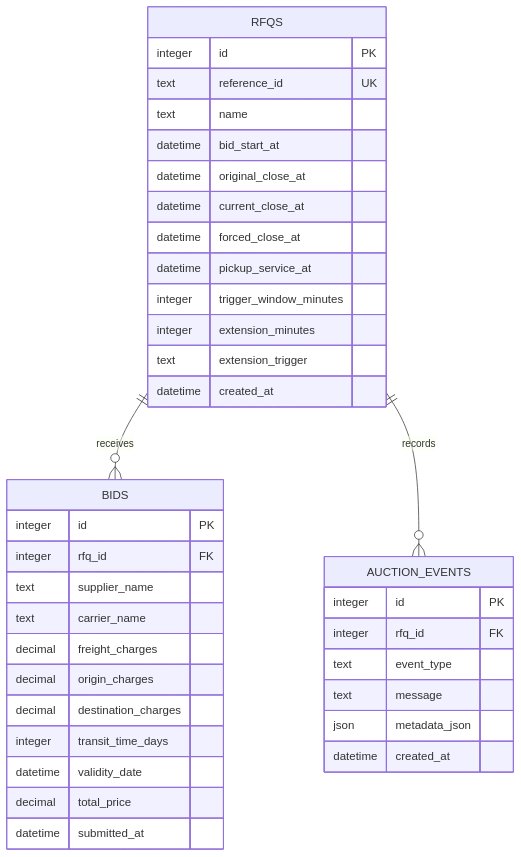
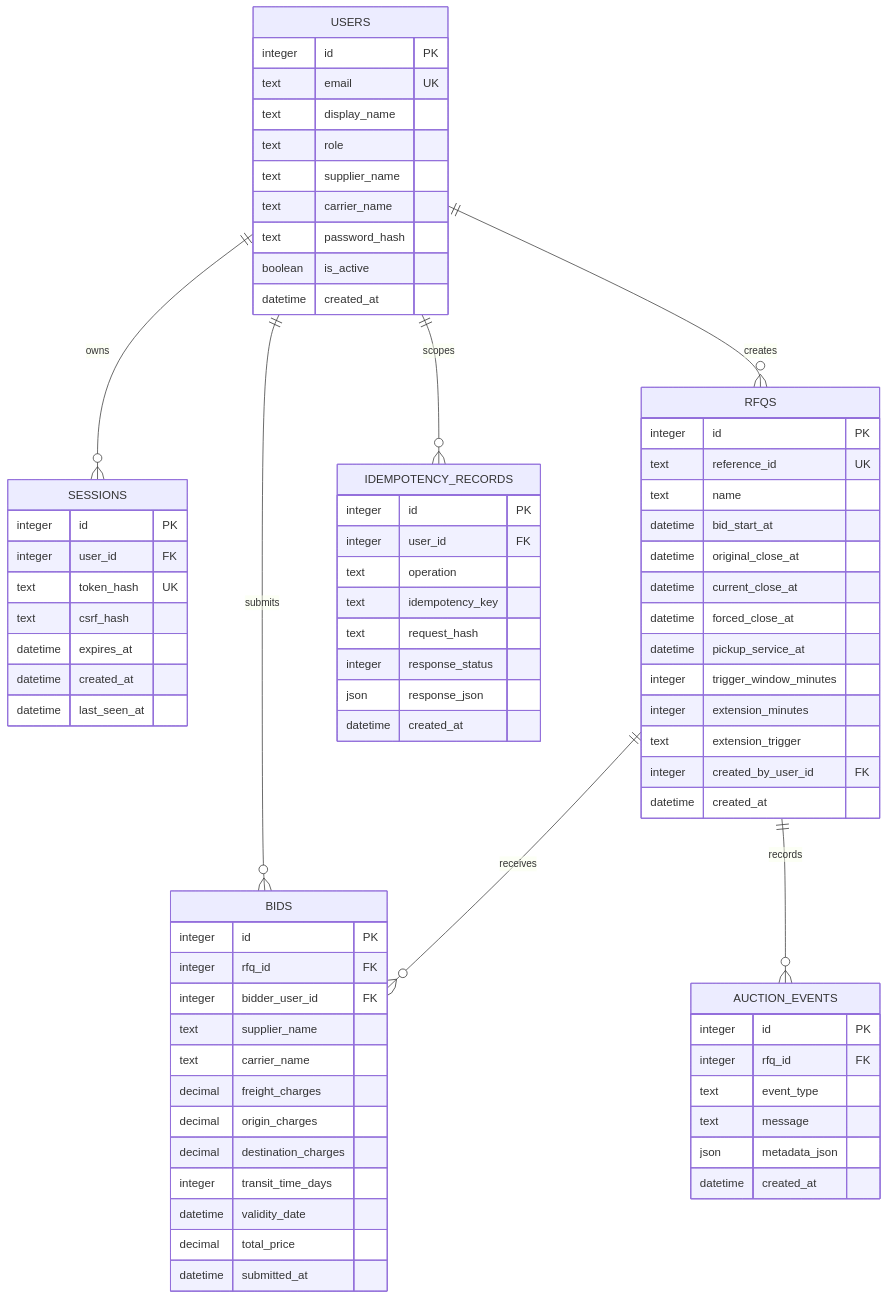
Before and after one commit to Autistic-coder/go-comet: the diagram in docs/schema.md, drawn with Mermaid. The commit also changed other lines of this file and 18 other files, not shown here.

````diff
--- a/docs/schema.md
+++ b/docs/schema.md
@@ -3,40 +3,77 @@
 ```mermaid
 erDiagram
+    USERS ||--o{ SESSIONS : owns
+    USERS ||--o{ RFQS : creates
+    USERS ||--o{ BIDS : submits
+    USERS ||--o{ IDEMPOTENCY_RECORDS : scopes
     RFQS ||--o{ BIDS : receives
     RFQS ||--o{ AUCTION_EVENTS : records
+
+    USERS {
+      integer id PK
+      text email UK
+      text display_name
+      text role
+      text supplier_name
+      text carrier_name
+      text password_hash
+      boolean is_active
+      datetime created_at
+    }
+    SESSIONS {
+      integer id PK
+      integer user_id FK
+      text token_hash UK
+      text csrf_hash
+      datetime expires_at
+      datetime created_at
+      datetime last_seen_at
+    }
     RFQS {
       integer id PK
       text reference_id UK
       text name
       datetime bid_start_at
       datetime original_close_at
       datetime current_close_at
       datetime forced_close_at
       datetime pickup_service_at
       integer trigger_window_minutes
       integer extension_minutes
       text extension_trigger
+      integer created_by_user_id FK
       datetime created_at
     }
     BIDS {
       integer id PK
       integer rfq_id FK
+      integer bidder_user_id FK
       text supplier_name
       text carrier_name
       decimal freight_charges
       decimal origin_charges
       decimal destination_charges
       integer transit_time_days
       datetime validity_date
       decimal total_price
       datetime submitted_at
     }
     AUCTION_EVENTS {
       integer id PK
       integer rfq_id FK
       text event_type
       text message
       json metadata_json
       datetime created_at
     }
+    IDEMPOTENCY_RECORDS {
+      integer id PK
+      integer user_id FK
+      text operation
+      text idempotency_key
+      text request_hash
+      integer response_status
+      json response_json
+      datetime created_at
+    }
 ```
````
